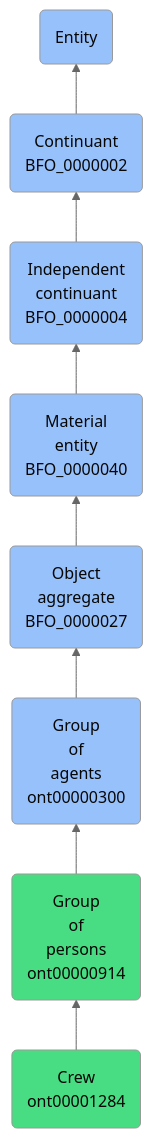
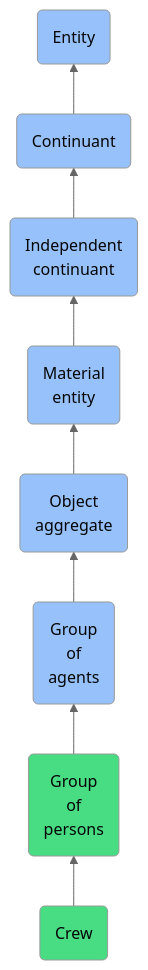
The diagram in docs/ontology/reference/model/Entity/Continuant/Independent continuant/Material entity/Object aggregate/Group of agents/Group of persons/Crew/Crew.md (jupyter-naas/abi), drawn with Mermaid (neutral theme) before and after one commit. The commit also changed other lines of this file and 1430 other files, not shown here.

````diff
--- a/docs/ontology/reference/model/Entity/Continuant/Independent continuant/Material entity/Object aggregate/Group of agents/Group of persons/Crew/Crew.md
+++ b/docs/ontology/reference/model/Entity/Continuant/Independent continuant/Material entity/Object aggregate/Group of agents/Group of persons/Crew/Crew.md
@@ -24,15 +24,15 @@
 ```mermaid
 graph BT
-    ont00001284(Crew<br>ont00001284):::ABI-->ont00000914
-    ont00000914(Group<br>of<br>persons<br>ont00000914):::ABI-->ont00000300
-    ont00000300(Group<br>of<br>agents<br>ont00000300):::BFO-->BFO_0000027
-    BFO_0000027(Object<br>aggregate<br>BFO_0000027):::BFO-->BFO_0000040
-    BFO_0000040(Material<br>entity<br>BFO_0000040):::BFO-->BFO_0000004
-    BFO_0000004(Independent<br>continuant<br>BFO_0000004):::BFO-->BFO_0000002
-    BFO_0000002(Continuant<br>BFO_0000002):::BFO-->BFO_0000001
+    ont00001284(Crew):::ABI-->ont00000914
+    ont00000914(Group<br>of<br>persons):::ABI-->ont00000300
+    ont00000300(Group<br>of<br>agents):::BFO-->BFO_0000027
+    BFO_0000027(Object<br>aggregate):::BFO-->BFO_0000040
+    BFO_0000040(Material<br>entity):::BFO-->BFO_0000004
+    BFO_0000004(Independent<br>continuant):::BFO-->BFO_0000002
+    BFO_0000002(Continuant):::BFO-->BFO_0000001
     BFO_0000001(Entity):::BFO
     
     classDef BFO fill:#97c1fb,color:#060606
     classDef CCO fill:#e4c51e,color:#060606
     classDef ABI fill:#48DD82,color:#060606
 ```
````
